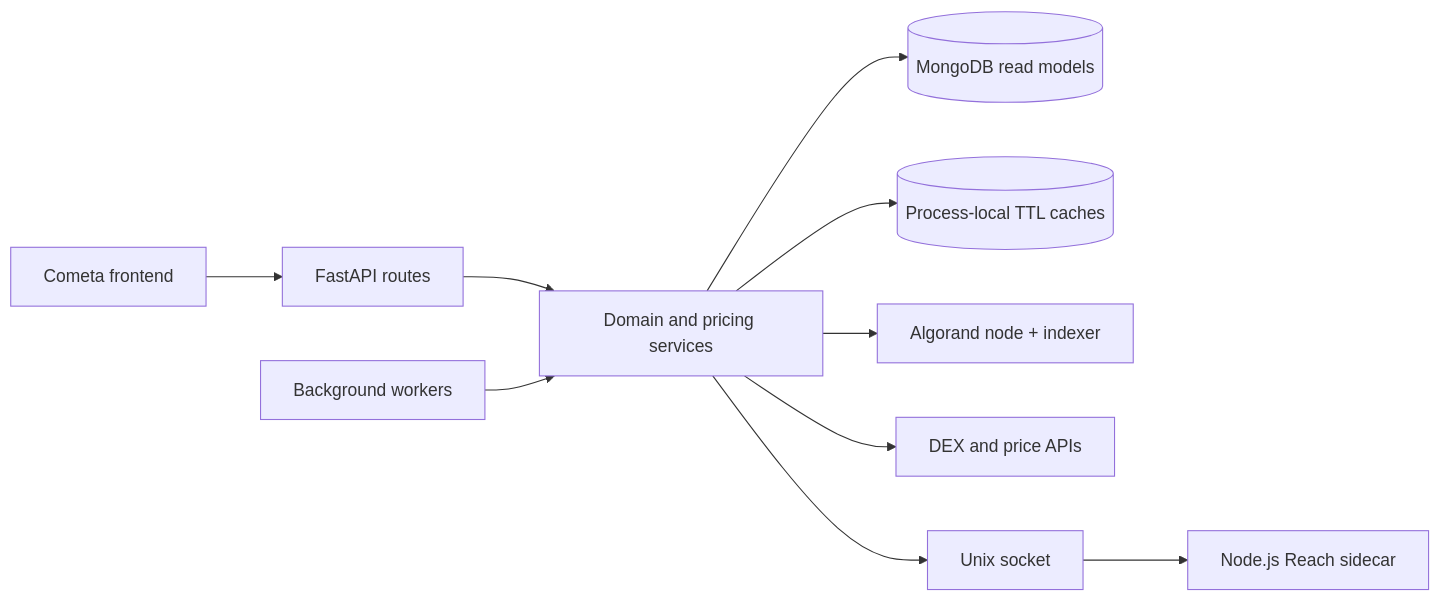
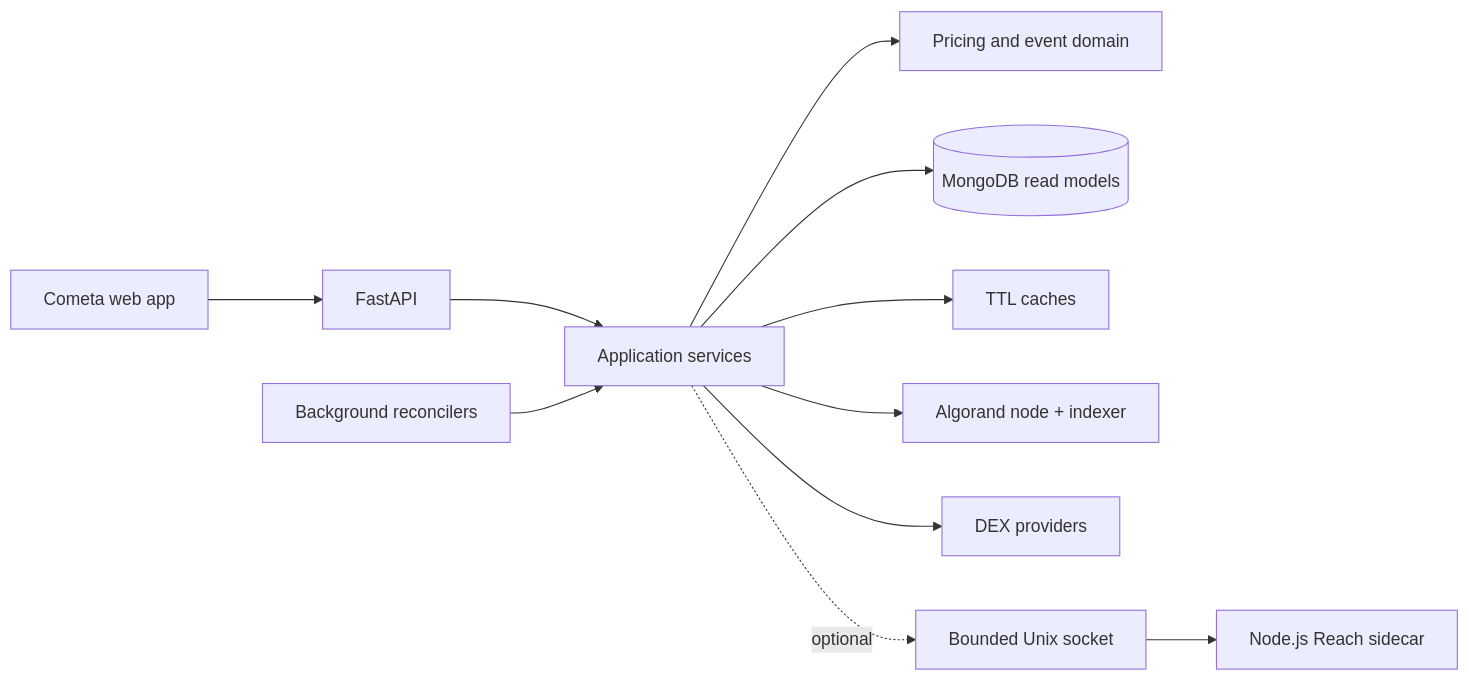
The diagram in README.md (MetaLabsOG/cometa-backend), drawn with Mermaid before and after one commit. The commit also changed other lines of this file and 9 other files, not shown here.

````diff
--- a/README.md
+++ b/README.md
@@ -27,12 +51,13 @@
 ```mermaid
 flowchart LR
-    UI[Cometa frontend] --> API[FastAPI routes]
-    API --> DOMAIN[Domain and pricing services]
-    DOMAIN --> MONGO[(MongoDB read models)]
-    DOMAIN --> CACHE[(Process-local TTL caches)]
-    DOMAIN --> CHAIN[Algorand node + indexer]
-    DOMAIN --> DEX[DEX and price APIs]
-    DOMAIN --> SOCKET[Unix socket]
+    UI[Cometa web app] --> API[FastAPI]
+    API --> SVC[Application services]
+    WORKERS[Background reconcilers] --> SVC
+    SVC --> DOMAIN[Pricing and event domain]
+    SVC --> MONGO[(MongoDB read models)]
+    SVC --> CACHE[TTL caches]
+    SVC --> CHAIN[Algorand node + indexer]
+    SVC --> DEX[DEX providers]
+    SVC -. optional .-> SOCKET[Bounded Unix socket]
     SOCKET --> NODE[Node.js Reach sidecar]
-    WORKERS[Background workers] --> DOMAIN
 ```
````
